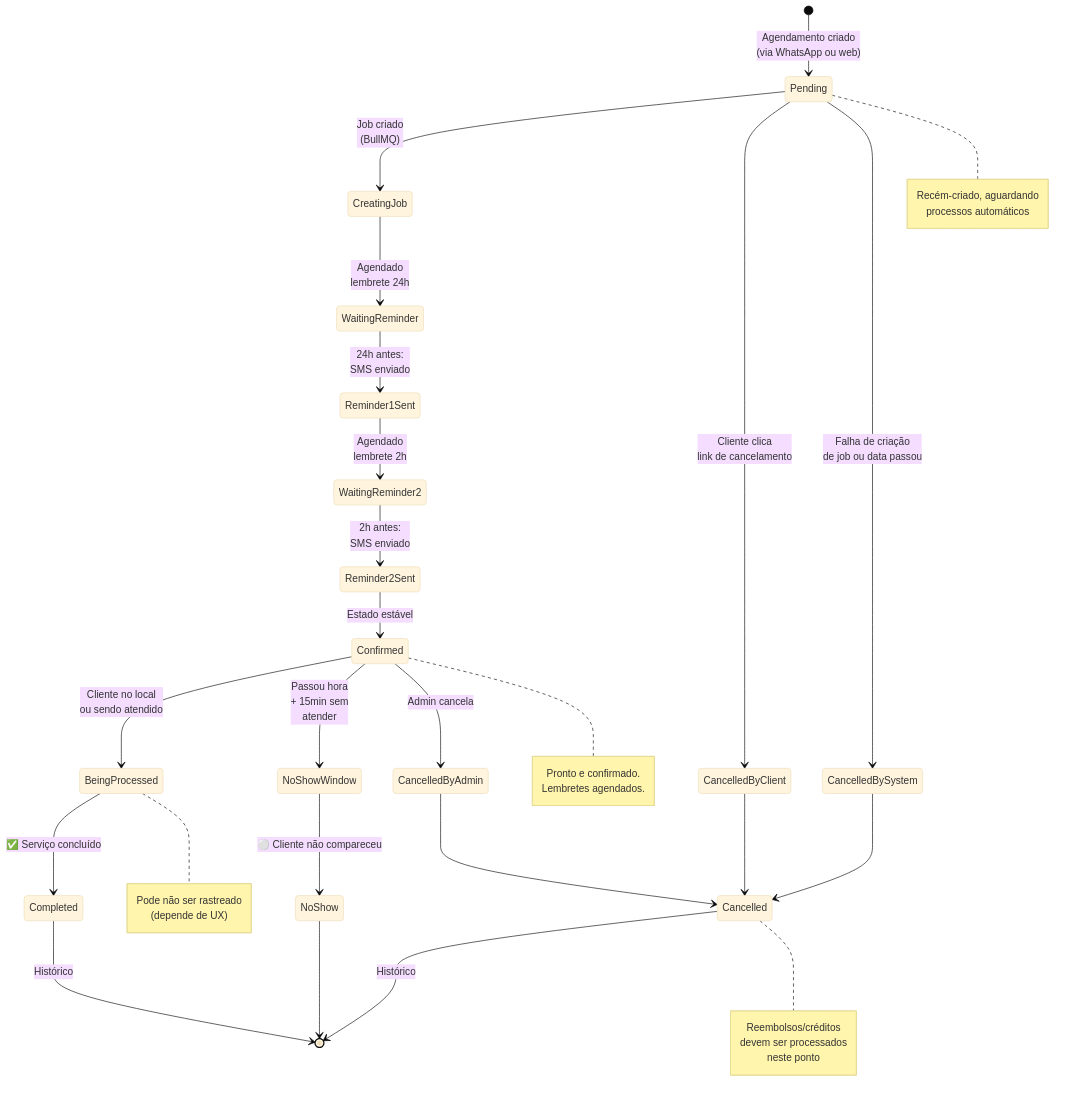
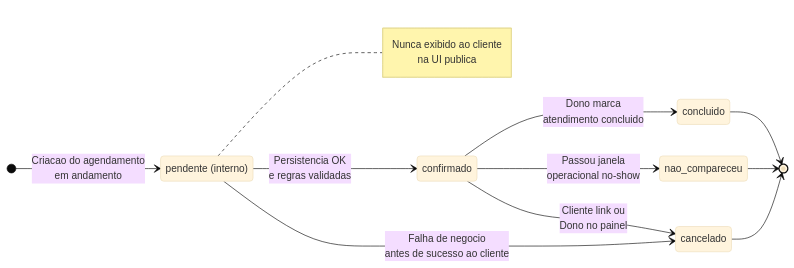
Before and after one commit to rspindola/agenda-xpto: the first of 2 diagrams in docs/flow/05-appointments/diagrams/state-diagram/states.md, drawn with Mermaid (base theme). The commit also changed other lines of this file and 9 other files, not shown here.

Commit message:
docs: alinhar 05-appointments ao modelo de estados pendente/confirmado

````diff
--- a/docs/flow/05-appointments/diagrams/state-diagram/states.md
+++ b/docs/flow/05-appointments/diagrams/state-diagram/states.md
@@ -3,52 +17,26 @@
 ```mermaid
 stateDiagram-v2
-    [*] --> Pending: Agendamento criado<br/>(via WhatsApp ou web)
-    
-    Pending --> CreatingJob: Job criado<br/>(BullMQ)
-    CreatingJob --> WaitingReminder: Agendado<br/>lembrete 24h
-    WaitingReminder --> Reminder1Sent: 24h antes:<br/>SMS enviado
-    Reminder1Sent --> WaitingReminder2: Agendado<br/>lembrete 2h
-    
-    WaitingReminder2 --> Reminder2Sent: 2h antes:<br/>SMS enviado
-    Reminder2Sent --> Confirmed: Estado estável
-    
-    Confirmed --> BeingProcessed: Cliente no local<br/>ou sendo atendido
-    BeingProcessed --> Completed: ✅ Serviço concluído
-    Completed --> [*]: Histórico
-    
-    Confirmed --> NoShowWindow: Passou hora<br/>+ 15min sem<br/>atender
-    NoShowWindow --> NoShow: ⚪ Cliente não compareceu
-    NoShow --> [*]
-    
-    Pending --> CancelledByClient: Cliente clica<br/>link de cancelamento
-    CancelledByClient --> Cancelled
-    
-    Confirmed --> CancelledByAdmin: Admin cancela
-    CancelledByAdmin --> Cancelled
-    
-    Pending --> CancelledBySystem: Falha de criação<br/>de job ou data passou
-    CancelledBySystem --> Cancelled
-    
-    Cancelled --> [*]: Histórico
-    
-    note right of Pending
-      Recém-criado, aguardando
-      processos automáticos
+    direction LR
+
+    [*] --> PendenteInterno: Criacao do agendamento<br/>em andamento
+
+    state "pendente (interno)" as PendenteInterno
+    note right of PendenteInterno
+        Nunca exibido ao cliente
+        na UI publica
     end note
-    
-    note right of Confirmed
-      Pronto e confirmado.
-      Lembretes agendados.
-    end note
-    
-    note right of BeingProcessed
-      Pode não ser rastreado
-      (depende de UX)
-    end note
-    
-    note right of Cancelled
-      Reembolsos/créditos
-      devem ser processados
-      neste ponto
-    end note
+
+    PendenteInterno --> confirmado: Persistencia OK<br/>e regras validadas
+
+    confirmado --> concluido: Dono marca<br/>atendimento concluido
+
+    confirmado --> nao_compareceu: Passou janela<br/>operacional no-show
+
+    PendenteInterno --> cancelado: Falha de negocio<br/>antes de sucesso ao cliente
+
+    confirmado --> cancelado: Cliente link ou<br/>Dono no painel
+
+    concluido --> [*]
+    nao_compareceu --> [*]
+    cancelado --> [*]
 ```
````
